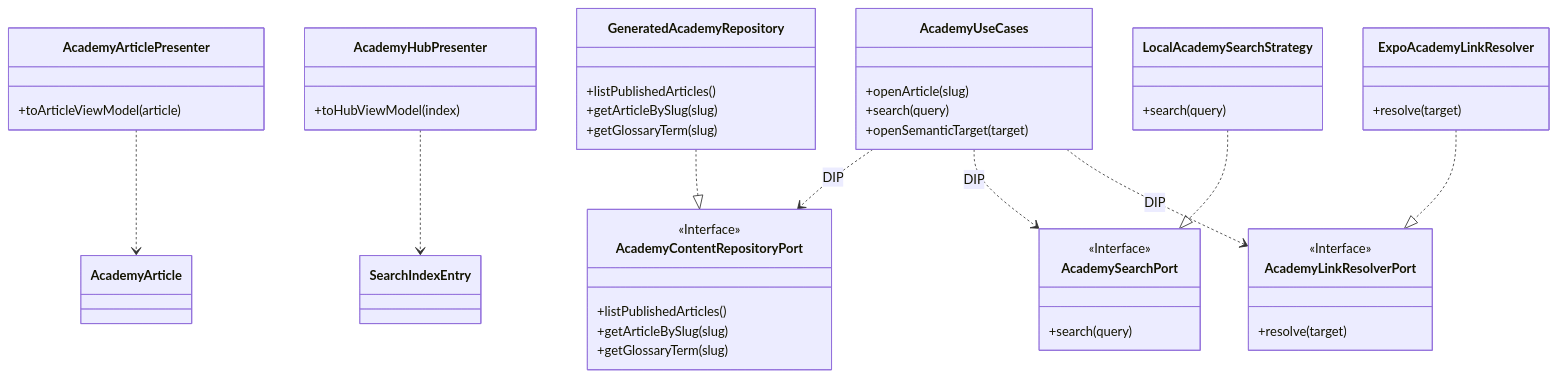
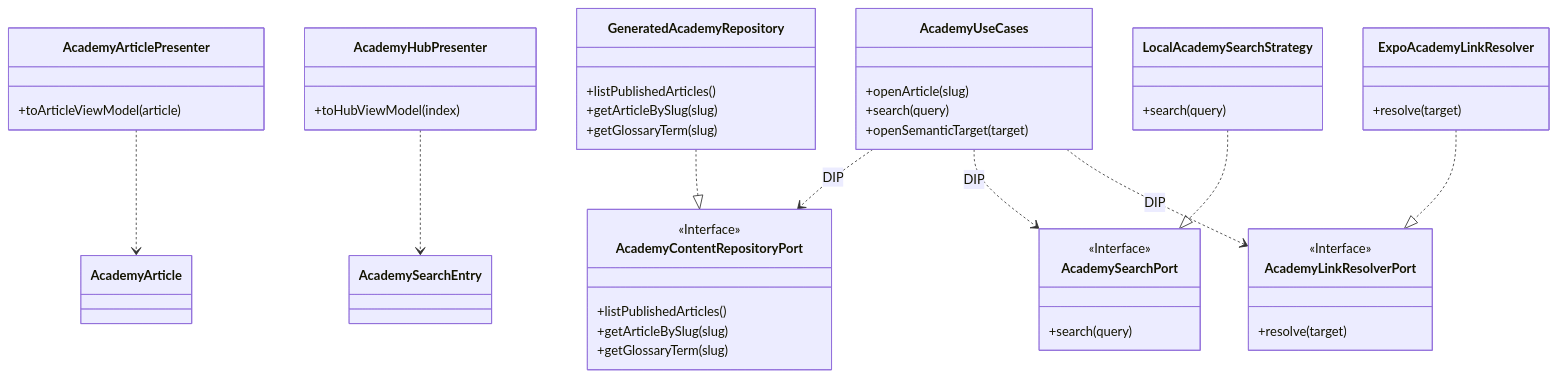
One commit to benoit-bremaud/brasse-bouillon changed the second of 3 diagrams in docs/architecture/diagrams/academy/03-domain-class.md. Above: the diagram before and after it, drawn with Mermaid. The commit also changed other lines of this file and 6 other files, not shown here.

````diff
--- a/docs/architecture/diagrams/academy/03-domain-class.md
+++ b/docs/architecture/diagrams/academy/03-domain-class.md
@@ -155,56 +162,56 @@
 ```mermaid
 classDiagram
   class AcademyContentRepositoryPort {
     <<Interface>>
     +listPublishedArticles()
     +getArticleBySlug(slug)
     +getGlossaryTerm(slug)
   }
 
   class AcademySearchPort {
     <<Interface>>
     +search(query)
   }
 
   class AcademyLinkResolverPort {
     <<Interface>>
     +resolve(target)
   }
 
   class AcademyArticlePresenter {
     +toArticleViewModel(article)
   }
 
   class AcademyHubPresenter {
     +toHubViewModel(index)
   }
 
   class GeneratedAcademyRepository {
     +listPublishedArticles()
     +getArticleBySlug(slug)
     +getGlossaryTerm(slug)
   }
 
   class LocalAcademySearchStrategy {
     +search(query)
   }
 
   class ExpoAcademyLinkResolver {
     +resolve(target)
   }
 
   class AcademyUseCases {
     +openArticle(slug)
     +search(query)
     +openSemanticTarget(target)
   }
 
   AcademyUseCases ..> AcademyContentRepositoryPort : DIP
   AcademyUseCases ..> AcademySearchPort : DIP
   AcademyUseCases ..> AcademyLinkResolverPort : DIP
   GeneratedAcademyRepository ..|> AcademyContentRepositoryPort
   LocalAcademySearchStrategy ..|> AcademySearchPort
   ExpoAcademyLinkResolver ..|> AcademyLinkResolverPort
   AcademyArticlePresenter ..> AcademyArticle
-  AcademyHubPresenter ..> SearchIndexEntry
+  AcademyHubPresenter ..> AcademySearchEntry
 ```
````
